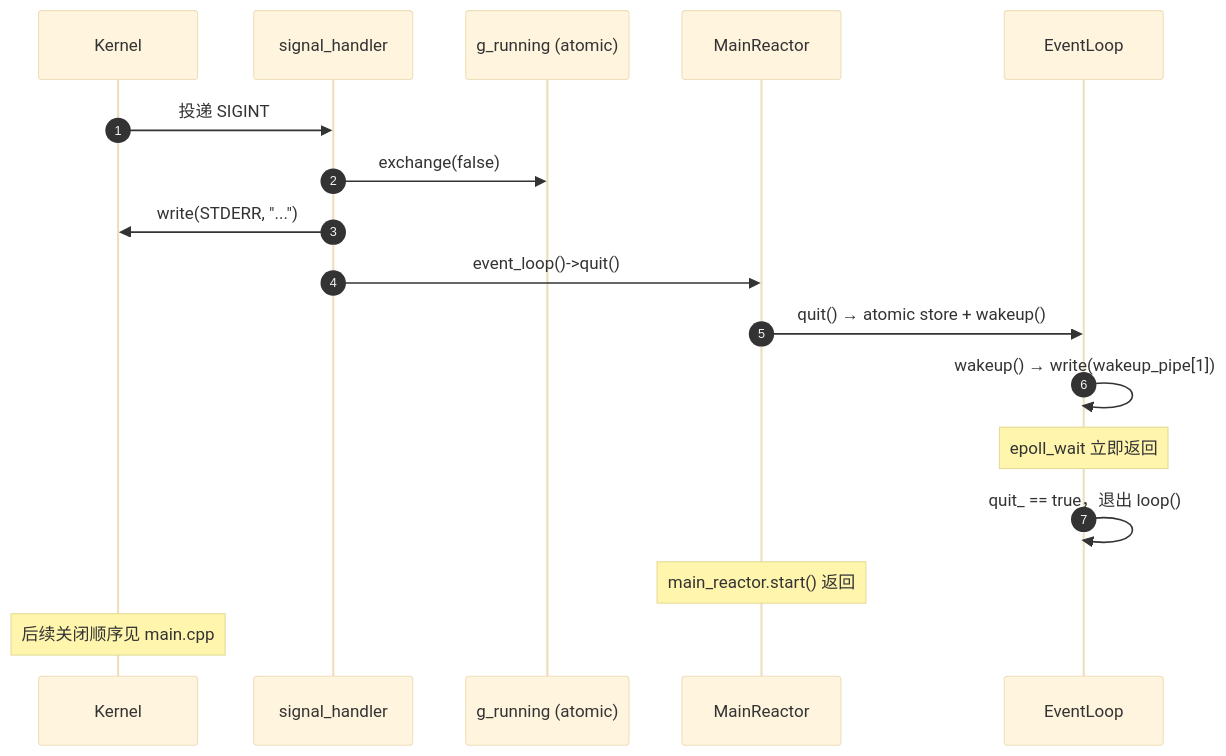
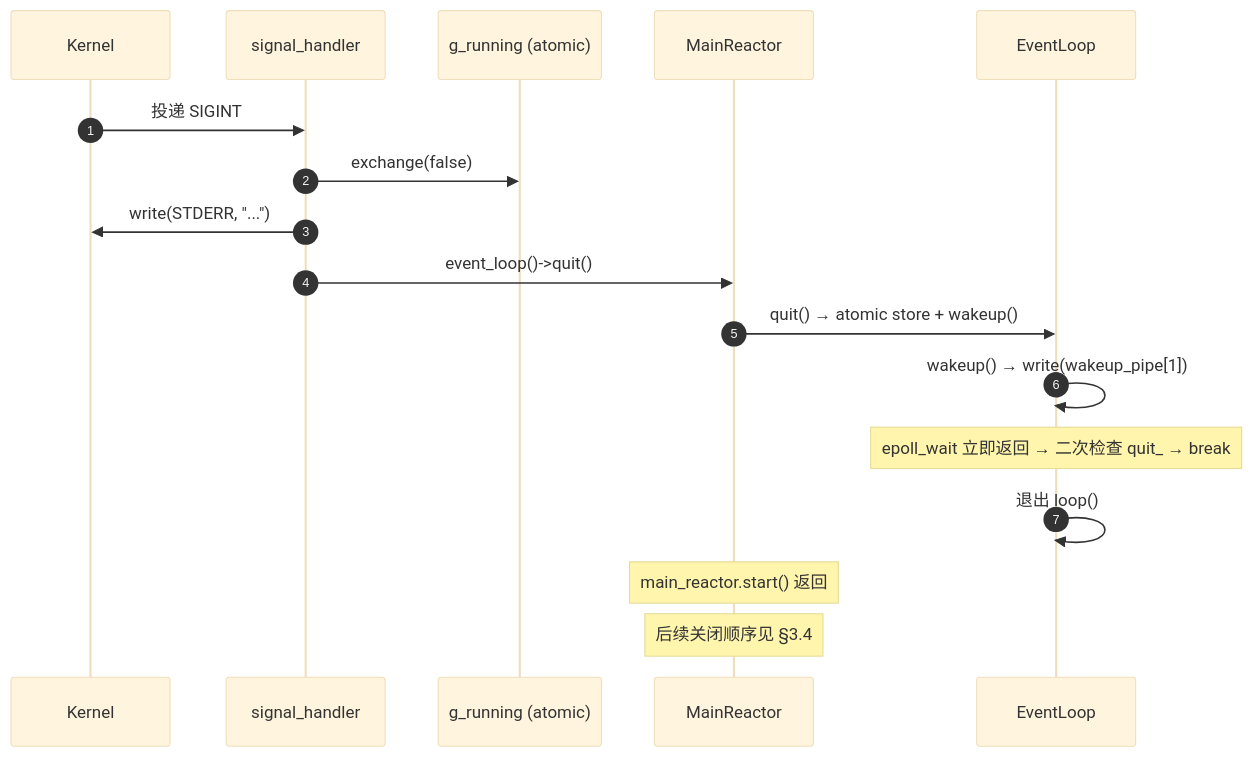
The fourth of 5 diagrams in docs/architecture/network.md (zimingttkx/ConcurrentCache), drawn with Mermaid (base theme) before and after one commit. The commit also changed other lines of this file and 9 other files, not shown here.

````diff
--- a/docs/architecture/network.md
+++ b/docs/architecture/network.md
@@ -290,20 +353,20 @@
 ```mermaid
 sequenceDiagram
     autonumber
     participant K as Kernel
     participant SH as signal_handler
     participant G as g_running (atomic)
     participant MR as MainReactor
     participant EL as EventLoop
 
     K->>SH: 投递 SIGINT
     SH->>G: exchange(false)
     SH->>K: write(STDERR, "...")
     SH->>MR: event_loop()->quit()
     MR->>EL: quit() → atomic store + wakeup()
     EL->>EL: wakeup() → write(wakeup_pipe[1])
-    Note over EL: epoll_wait 立即返回
-    EL->>EL: quit_ == true，退出 loop()
+    Note over EL: epoll_wait 立即返回 → 二次检查 quit_ → break
+    EL->>EL: 退出 loop()
     Note over MR: main_reactor.start() 返回
-    Note over K: 后续关闭顺序见 main.cpp
+    Note over MR: 后续关闭顺序见 §3.4
 ```
````
